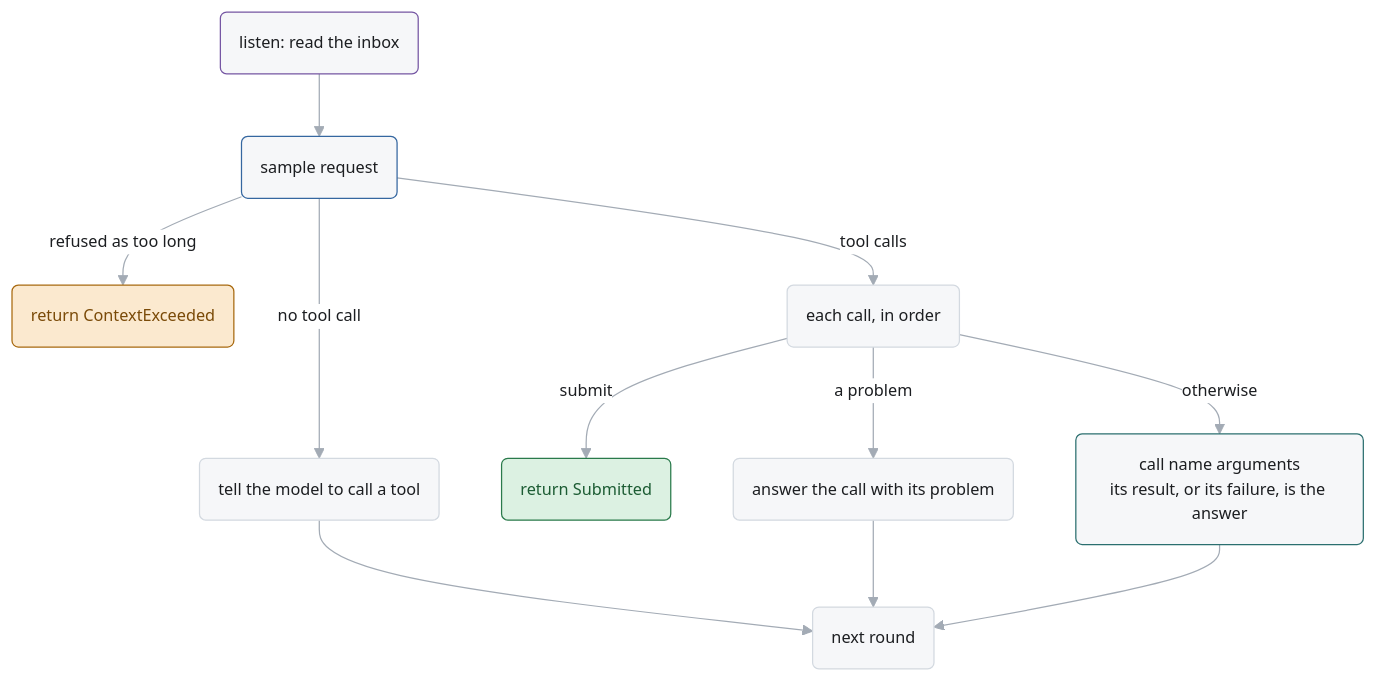
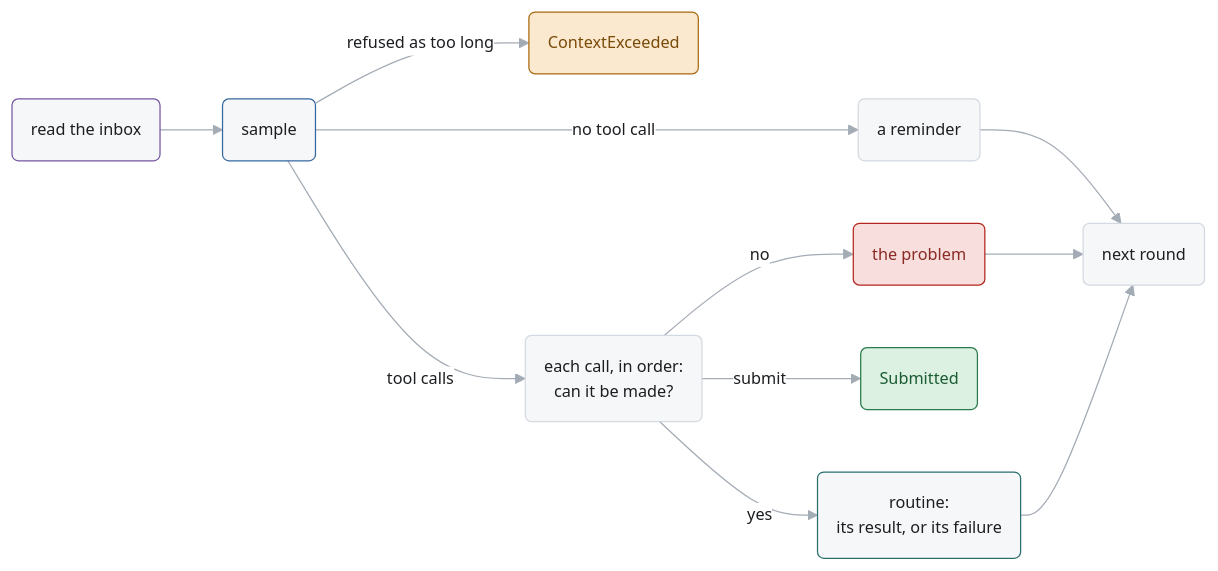
The third of 4 diagrams in docs/agents.md (pku-xht/alaya), drawn with Mermaid before and after one commit. The commit also changed other lines of this file, not shown here.

````diff
--- a/docs/agents.md
+++ b/docs/agents.md
@@ -282,21 +282,22 @@
 ```mermaid
 %%{init: {"theme": "base", "themeVariables": {"fontFamily": "BlinkMacSystemFont, Segoe UI, Helvetica, Arial", "fontSize": "13px", "primaryColor": "#f6f7f9", "primaryTextColor": "#1c1e21", "primaryBorderColor": "#d3d9e0", "lineColor": "#a3abb5", "textColor": "#6f7985", "edgeLabelBackground": "#ffffff", "clusterBkg": "#fafbfc", "clusterBorder": "#e3e6ea"}}}%%
-flowchart TD
+flowchart LR
   classDef sample stroke:#3567a0
   classDef exec stroke:#2b6f6f
   classDef notice stroke:#7556a3
   classDef ok fill:#dcf1e2,stroke:#2a7a4b,color:#1c5c33
+  classDef bad fill:#f8dfdd,stroke:#b3261e,color:#8a2a25
   classDef wait fill:#fbe9cf,stroke:#a8690f,color:#7a4a08
 
-  listen("listen: read the inbox"):::notice --> sample("sample request"):::sample
-  sample -- "refused as too long" --> context("return ContextExceeded"):::wait
-  sample -- "no tool call" --> remind("tell the model to call a tool")
-  sample -- "tool calls" --> each("each call, in order")
-  each -- "submit" --> submitted("return Submitted"):::ok
-  each -- "a problem" --> problem("answer the call with its problem")
-  each -- "otherwise" --> tool("call name arguments<br/>its result, or its failure, is the answer"):::exec
-  remind --> again("next round")
-  problem --> again
-  tool --> again
+  listen("read the inbox"):::notice --> sample("sample"):::sample
+  sample -- "refused as too long" --> context("ContextExceeded"):::wait
+  sample -- "no tool call" --> remind("a reminder")
+  sample -- "tool calls" --> can("each call, in order:<br/>can it be made?")
+  can -- "no" --> problem("the problem"):::bad
+  can -- "submit" --> submitted("Submitted"):::ok
+  can -- "yes" --> routine("routine:<br/>its result, or its failure"):::exec
+  remind --> next("next round")
+  problem --> next
+  routine --> next
   linkStyle default stroke-width:1px
 ```
````
